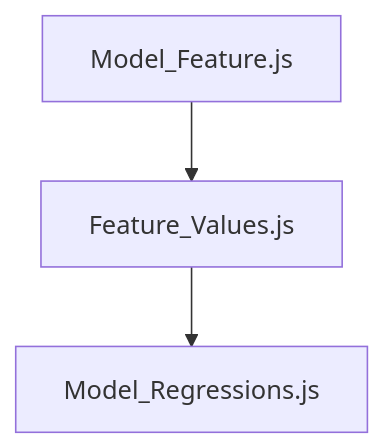
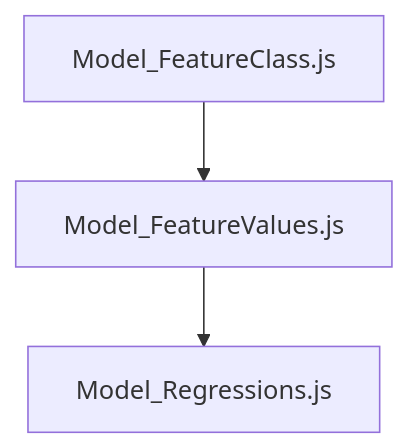
The diagram in README.md (afullhart/SantaRita), drawn with Mermaid before and after one commit.

````diff
--- a/README.md
+++ b/README.md
@@ -1,5 +1,5 @@
 ```mermaid
 graph TD;
-    A[Model_Feature.js] --> B[Feature_Values.js];
+    A[Model_FeatureClass.js] --> B[Model_FeatureValues.js];
     B --> C[Model_Regressions.js];
 ```
````
